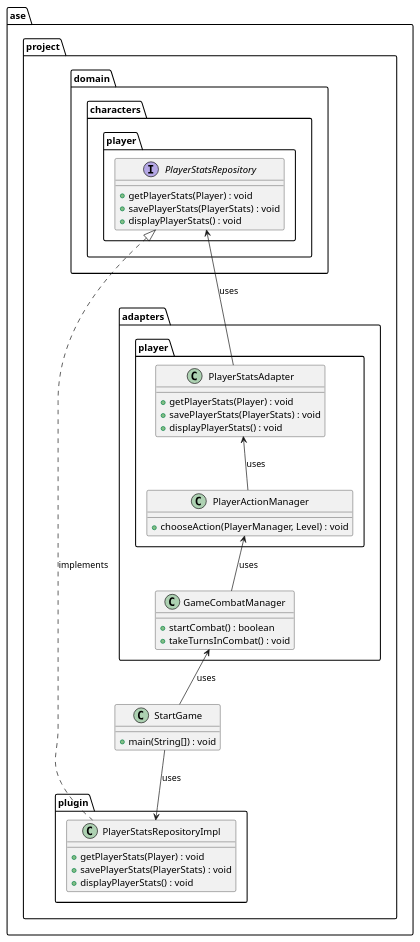
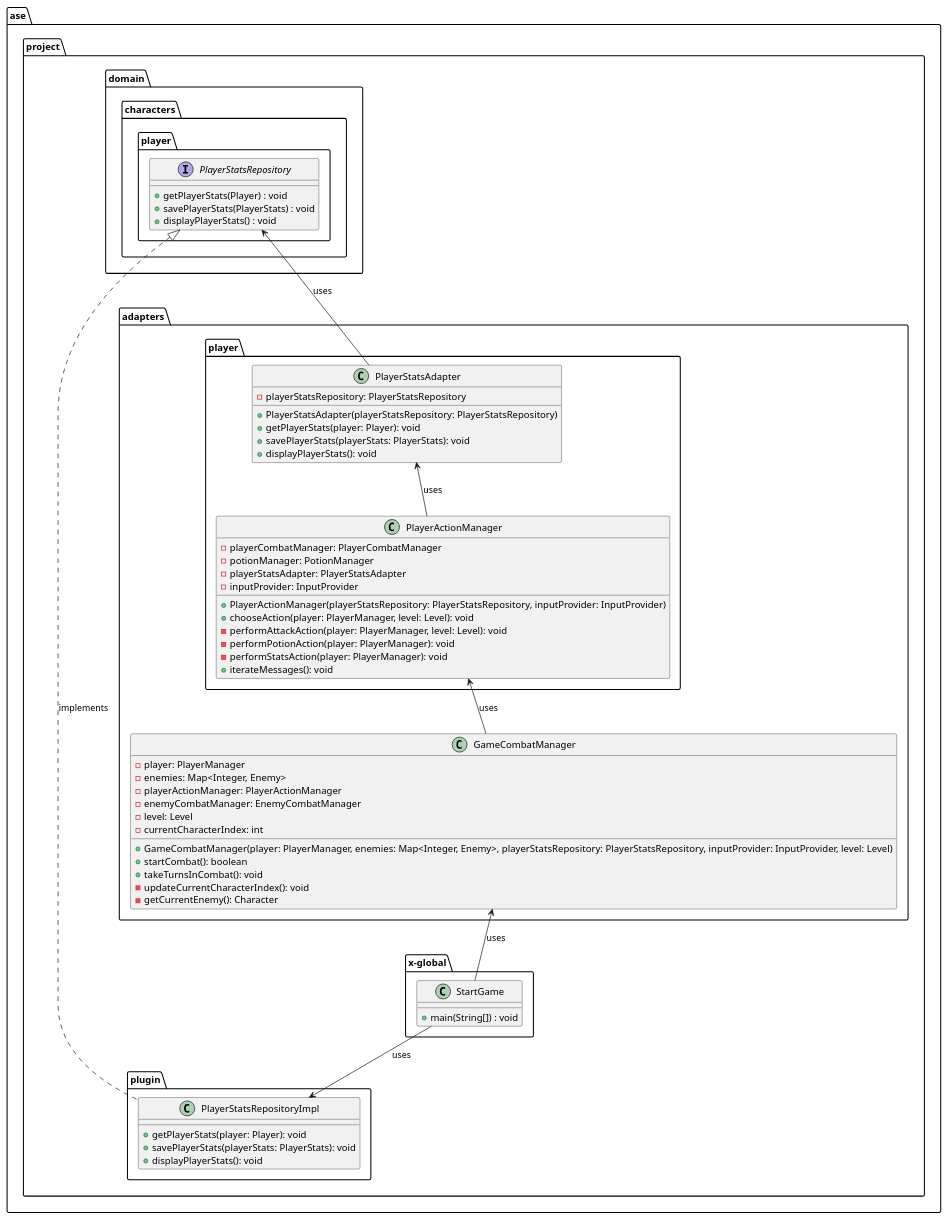
The diagram in _uml.diagrams/PlayerStatsRepositoryImpl.puml (MonikaG14/ase-textbased-rpg), drawn with PlantUML before and after one commit. The commit also changed 8 other files, not shown here.

Commit message:
add missing attribute, methods and constructors to the UML diagrams

```diff
--- a/_uml.diagrams/PlayerStatsRepositoryImpl.puml
+++ b/_uml.diagrams/PlayerStatsRepositoryImpl.puml
@@ -1,50 +1,73 @@
 @startuml
 
 package "ase.project.plugin" {
     class PlayerStatsRepositoryImpl {
-        +getPlayerStats(Player) : void
-        +savePlayerStats(PlayerStats) : void
-        +displayPlayerStats() : void
+        + getPlayerStats(player: Player): void
+        + savePlayerStats(playerStats: PlayerStats): void
+        + displayPlayerStats(): void
     }
 }
 
 package "ase.project.domain.characters.player" {
     interface PlayerStatsRepository {
         +getPlayerStats(Player) : void
         +savePlayerStats(PlayerStats) : void
         +displayPlayerStats() : void
     }
 }
 
 package "ase.project.adapters.player" {
     class PlayerStatsAdapter {
-        +getPlayerStats(Player) : void
-        +savePlayerStats(PlayerStats) : void
-        +displayPlayerStats() : void
+            - playerStatsRepository: PlayerStatsRepository
+
+            + PlayerStatsAdapter(playerStatsRepository: PlayerStatsRepository)
+            + getPlayerStats(player: Player): void
+            + savePlayerStats(playerStats: PlayerStats): void
+            + displayPlayerStats(): void
     }
     class PlayerActionManager {
-        +chooseAction(PlayerManager, Level) : void
+            - playerCombatManager: PlayerCombatManager
+            - potionManager: PotionManager
+            - playerStatsAdapter: PlayerStatsAdapter
+            - inputProvider: InputProvider
+
+            + PlayerActionManager(playerStatsRepository: PlayerStatsRepository, inputProvider: InputProvider)
+            + chooseAction(player: PlayerManager, level: Level): void
+            - performAttackAction(player: PlayerManager, level: Level): void
+            - performPotionAction(player: PlayerManager): void
+            - performStatsAction(player: PlayerManager): void
+            + iterateMessages(): void
     }
 }
 
 package "ase.project.adapters" {
     class GameCombatManager {
-        +startCombat() : boolean
-        +takeTurnsInCombat() : void
+            - player: PlayerManager
+            - enemies: Map<Integer, Enemy>
+            - playerActionManager: PlayerActionManager
+            - enemyCombatManager: EnemyCombatManager
+            - level: Level
+            - currentCharacterIndex: int
+
+            + GameCombatManager(player: PlayerManager, enemies: Map<Integer, Enemy>, playerStatsRepository: PlayerStatsRepository, inputProvider: InputProvider, level: Level)
+            + startCombat(): boolean
+            + takeTurnsInCombat(): void
+            - updateCurrentCharacterIndex(): void
+            - getCurrentEnemy(): Character
     }
 }
 
-package "ase.project" {
+package "ase.project.x-global" {
     class StartGame {
         +main(String[]) : void
     }
 }
 
 PlayerStatsAdapter -up-> PlayerStatsRepository : uses
 PlayerActionManager -up-> PlayerStatsAdapter : uses
 GameCombatManager -up-> PlayerActionManager : uses
 StartGame -up-> GameCombatManager : uses
 PlayerStatsRepositoryImpl -up.|> PlayerStatsRepository : implements
 StartGame -down-> PlayerStatsRepositoryImpl : uses
 
 @enduml
```
